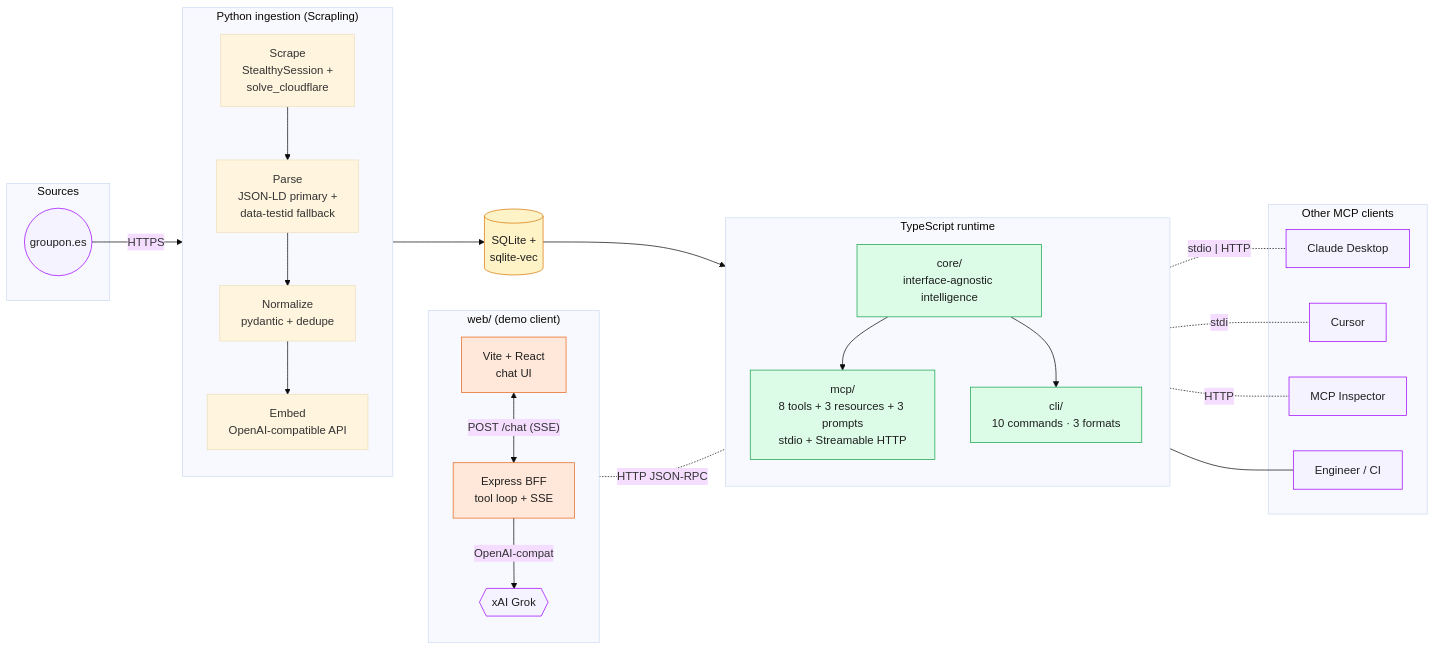
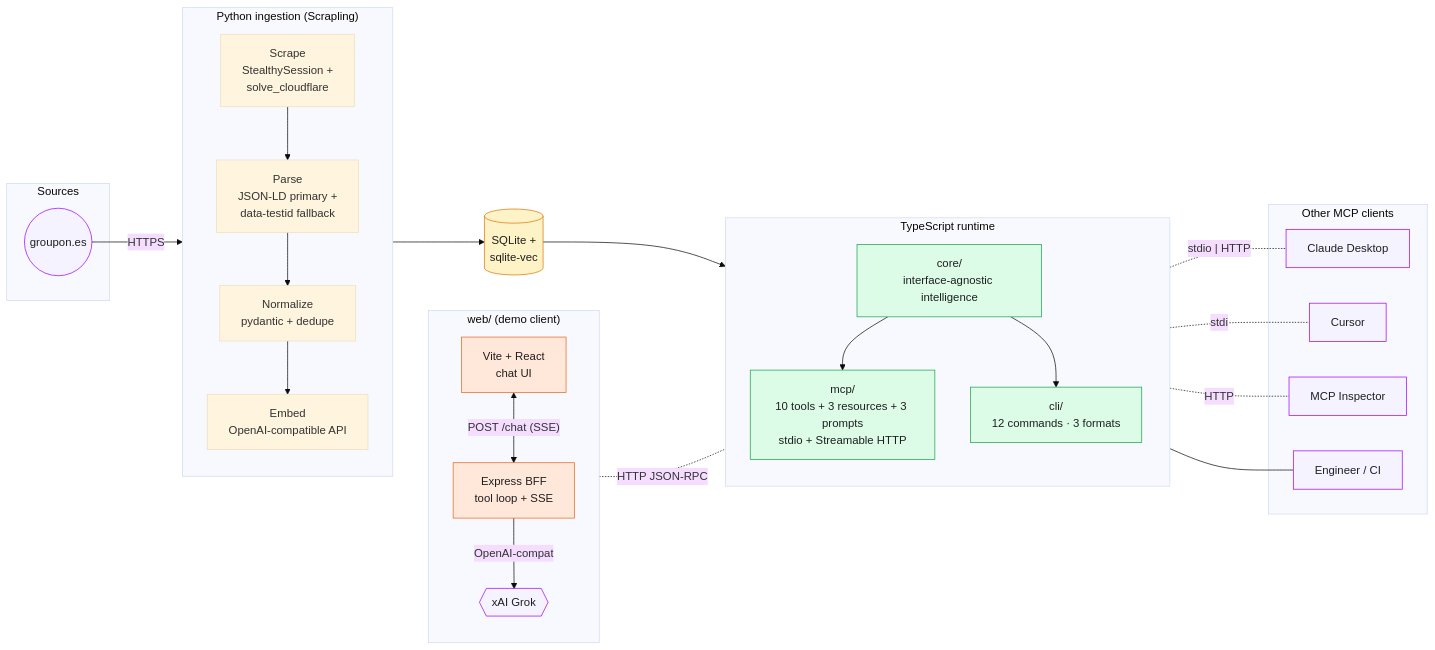
Before and after one commit to diegoperezg7/groupon-deal-intelligence-mcp: the first of 5 diagrams in README.md, drawn with Mermaid (base theme). The commit also changed other lines of this file and 16 other files, not shown here.

First line of the commit message:
feat(mcp+cli): add list_merchants, get_catalog_overview + merchant filter

````diff
--- a/README.md
+++ b/README.md
@@ -88,57 +88,57 @@
 ```mermaid
 flowchart LR
     subgraph Sources
         G(("groupon.es"))
     end
 
     subgraph Ingestion["Python ingestion (Scrapling)"]
         direction TB
         Scrape["Scrape<br/>StealthySession +<br/>solve_cloudflare"] --> Parse["Parse<br/>JSON-LD primary +<br/>data-testid fallback"]
         Parse --> Norm["Normalize<br/>pydantic + dedupe"]
         Norm --> Embed["Embed<br/>OpenAI-compatible API"]
     end
 
     G -->|HTTPS| Scrape
     Embed --> Store[("SQLite +<br/>sqlite-vec")]
 
     subgraph Runtime["TypeScript runtime"]
         direction TB
         Core["core/<br/>interface-agnostic intelligence"]
-        MCP["mcp/<br/>8 tools + 3 resources + 3 prompts<br/>stdio + Streamable HTTP"]
-        CLI["cli/<br/>10 commands · 3 formats"]
+        MCP["mcp/<br/>10 tools + 3 resources + 3 prompts<br/>stdio + Streamable HTTP"]
+        CLI["cli/<br/>12 commands · 3 formats"]
         Core --> MCP
         Core --> CLI
     end
 
     Store --> Core
 
     subgraph WebDemo["web/ (demo client)"]
         direction TB
         BFF["Express BFF<br/>tool loop + SSE"]
         UI["Vite + React<br/>chat UI"]
         UI <-->|"POST /chat (SSE)"| BFF
         BFF -->|"OpenAI-compat"| xAI{{"xAI Grok"}}
     end
 
     subgraph Clients["Other MCP clients"]
         Claude["Claude Desktop"]
         Cursor["Cursor"]
         Inspector["MCP Inspector"]
         Engineer["Engineer / CI"]
     end
 
     BFF -.HTTP JSON-RPC.- MCP
     MCP -.stdio | HTTP.- Claude
     MCP -.stdio.- Cursor
     MCP -.HTTP.- Inspector
     CLI --- Engineer
 
     classDef ext fill:#f5f3ff,stroke:#9F00FF,color:#1f1f1f
     classDef core fill:#dcfce7,stroke:#16a34a,color:#1f1f1f
     classDef store fill:#fef3c7,stroke:#d97706,color:#1f1f1f
     classDef demo fill:#ffe8d9,stroke:#e6651b,color:#1f1f1f
     class G,Claude,Cursor,Inspector,Engineer,xAI ext
     class Core,MCP,CLI core
     class Store store
     class BFF,UI demo
 ```
````
